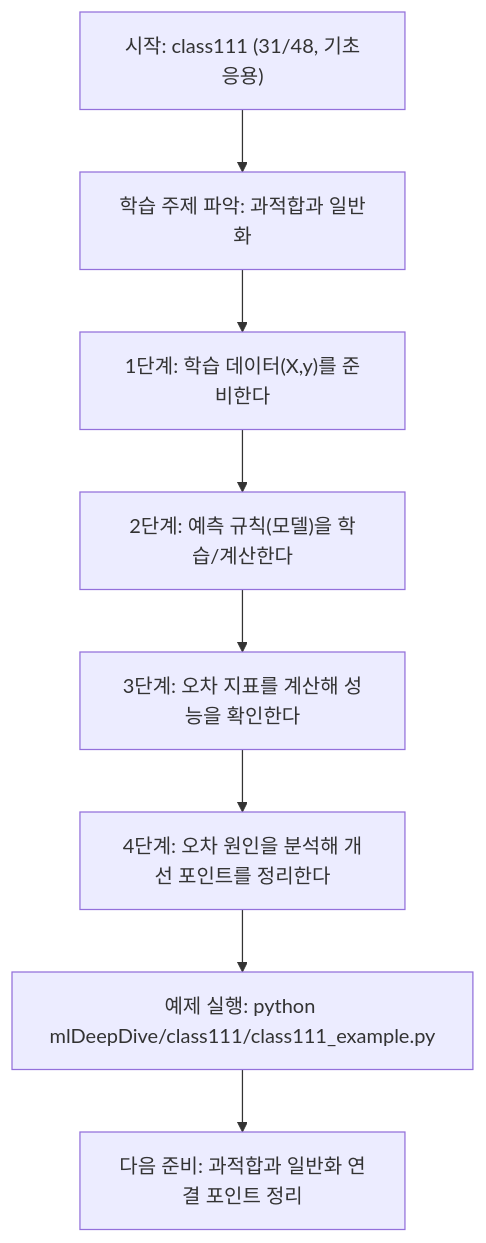
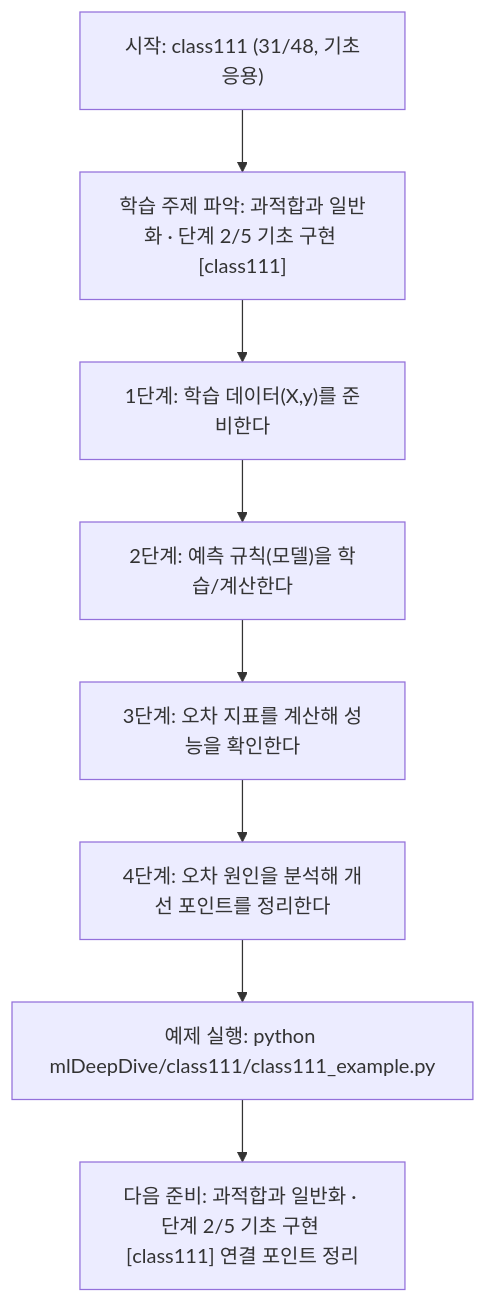
Before and after one commit to edumgt/Python-AI_Agent-Class: the diagram in mlDeepDive/class111/class111.md, drawn with Mermaid. The commit also changed other lines of this file and 522 other files, not shown here.

````diff
--- a/mlDeepDive/class111/class111.md
+++ b/mlDeepDive/class111/class111.md
@@ -108,18 +109,18 @@
 ```mermaid
 flowchart TD
 N1["시작: class111 (31/48, 기초응용)"]
-N2["학습 주제 파악: 과적합과 일반화"]
+N2["학습 주제 파악: 과적합과 일반화 · 단계 2/5 기초 구현 [class111]"]
 N3["1단계: 학습 데이터(X,y)를 준비한다"]
 N4["2단계: 예측 규칙(모델)을 학습/계산한다"]
 N5["3단계: 오차 지표를 계산해 성능을 확인한다"]
 N6["4단계: 오차 원인을 분석해 개선 포인트를 정리한다"]
 N7["예제 실행: python mlDeepDive/class111/class111_example.py"]
-N8["다음 준비: 과적합과 일반화 연결 포인트 정리"]
+N8["다음 준비: 과적합과 일반화 · 단계 2/5 기초 구현 [class111] 연결 포인트 정리"]
 N1 --> N2
 N2 --> N3
 N3 --> N4
 N4 --> N5
 N5 --> N6
 N6 --> N7
 N7 --> N8
 ```
````
